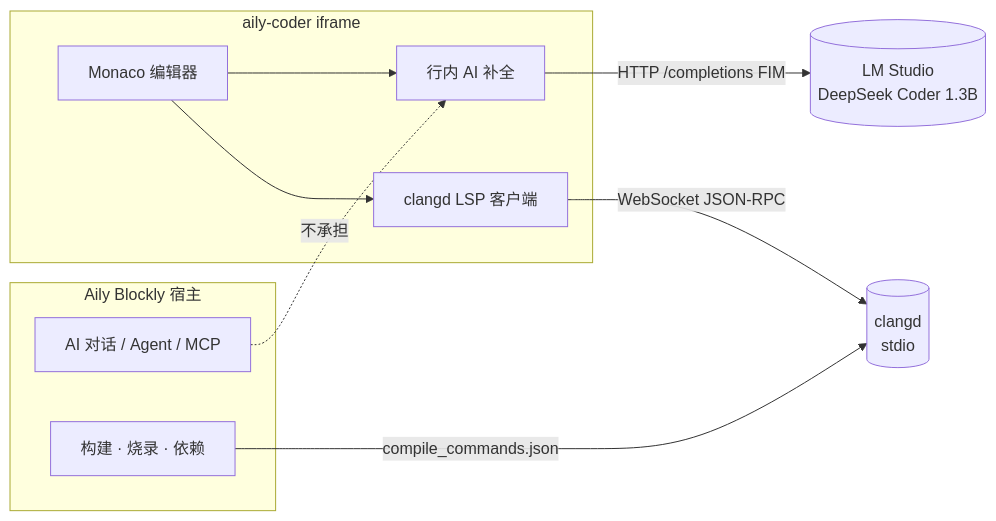
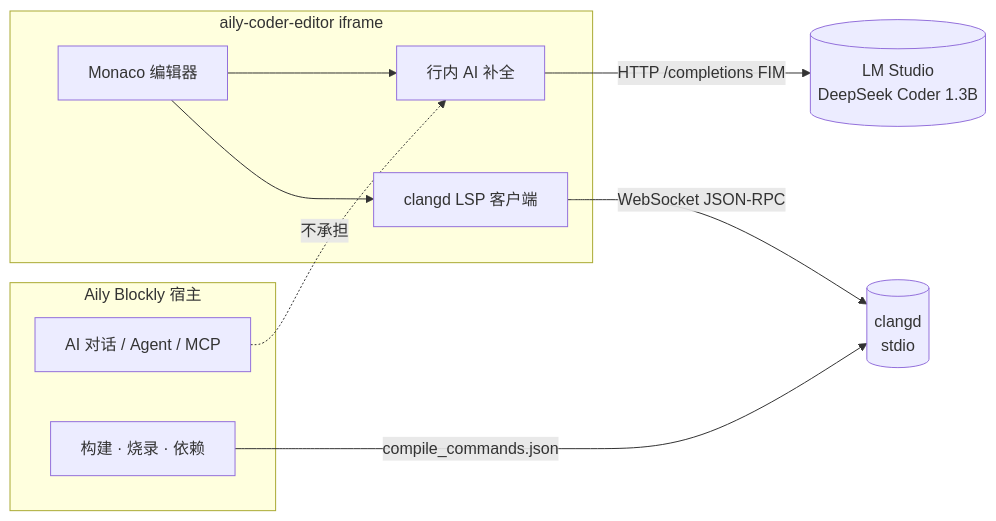
One commit to ailyProject/aily-coder-editor changed the first of 2 diagrams in docs/aily-code-inlineAi.md. Above: the diagram before and after it, drawn with Mermaid. The commit also changed other lines of this file and 30 other files, not shown here.

Commit message:
重命名 Aily Coder 为 Aily Coder Editor，更新相关文档、配置和代码，确保一致性和准确性。包括错误消息、包名称、国际化支持及工作流配置的调整。

````diff
--- a/docs/aily-code-inlineAi.md
+++ b/docs/aily-code-inlineAi.md
@@ -52,23 +52,23 @@
 ```mermaid
 flowchart LR
   subgraph host["Aily Blockly 宿主"]
     Chat[AI 对话 / Agent / MCP]
     Build[构建 · 烧录 · 依赖]
   end
 
-  subgraph embed["aily-coder iframe"]
+  subgraph embed["aily-coder-editor iframe"]
     Editor[Monaco 编辑器]
     Inline[行内 AI 补全]
     LSP[clangd LSP 客户端]
   end
 
   LMStudio[(LM Studio\nDeepSeek Coder 1.3B)]
   Clangd[(clangd\nstdio)]
 
   Chat -.->|不承担| Inline
   Editor --> Inline
   Editor --> LSP
   Inline -->|HTTP /completions FIM| LMStudio
   LSP -->|WebSocket JSON-RPC| Clangd
   Build -->|compile_commands.json| Clangd
 ```
````
